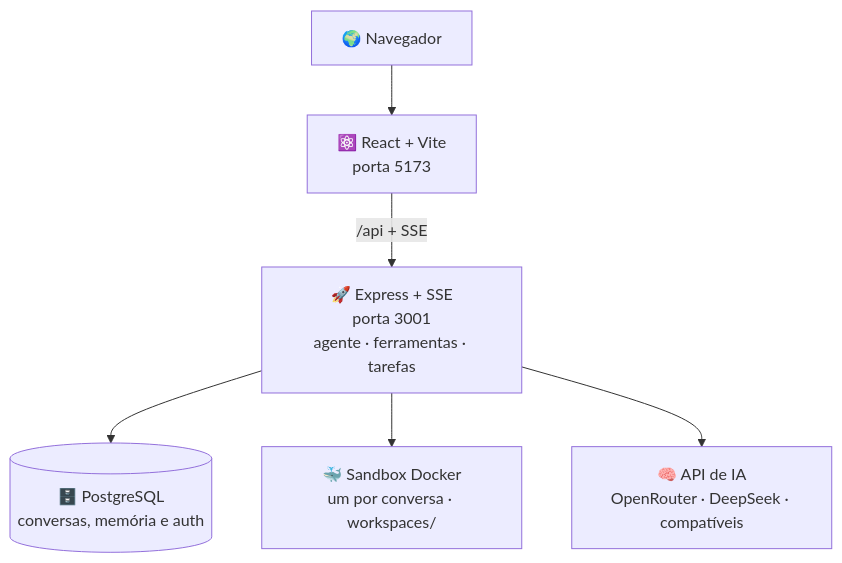
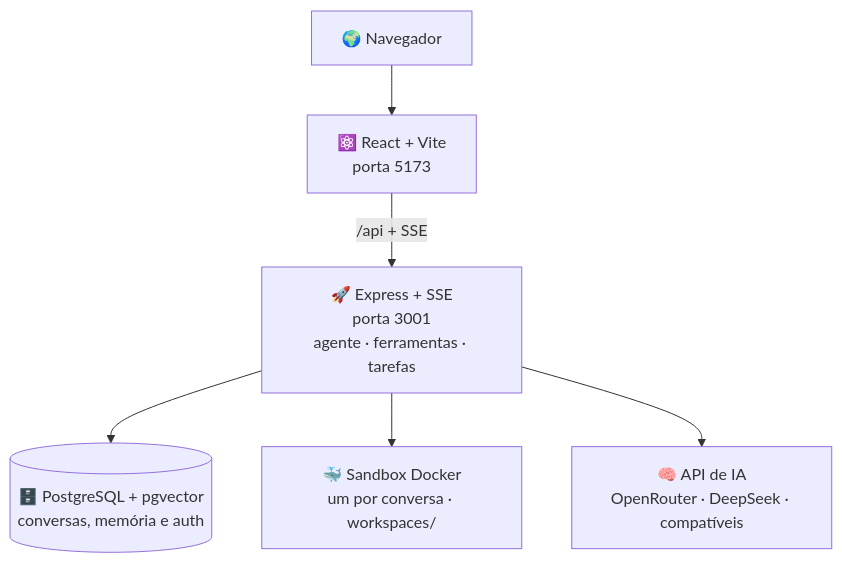
The diagram in README.md (fredabsd-svg/Frederico-IA-Studio), drawn with Mermaid before and after one commit. The commit also changed other lines of this file and 1 other file, not shown here.

````diff
--- a/README.md
+++ b/README.md
@@ -90,8 +90,8 @@
 ```mermaid
 flowchart TD
     A[🌍 Navegador] --> B[⚛️ React + Vite<br/>porta 5173]
     B -->|/api + SSE| C[🚀 Express + SSE<br/>porta 3001<br/>agente · ferramentas · tarefas]
-    C --> D[(🗄️ PostgreSQL<br/>conversas, memória e auth)]
+    C --> D[(🗄️ PostgreSQL + pgvector<br/>conversas, memória e auth)]
     C --> E[🐳 Sandbox Docker<br/>um por conversa · workspaces/]
     C --> F[🧠 API de IA<br/>OpenRouter · DeepSeek · compatíveis]
 ```
````
